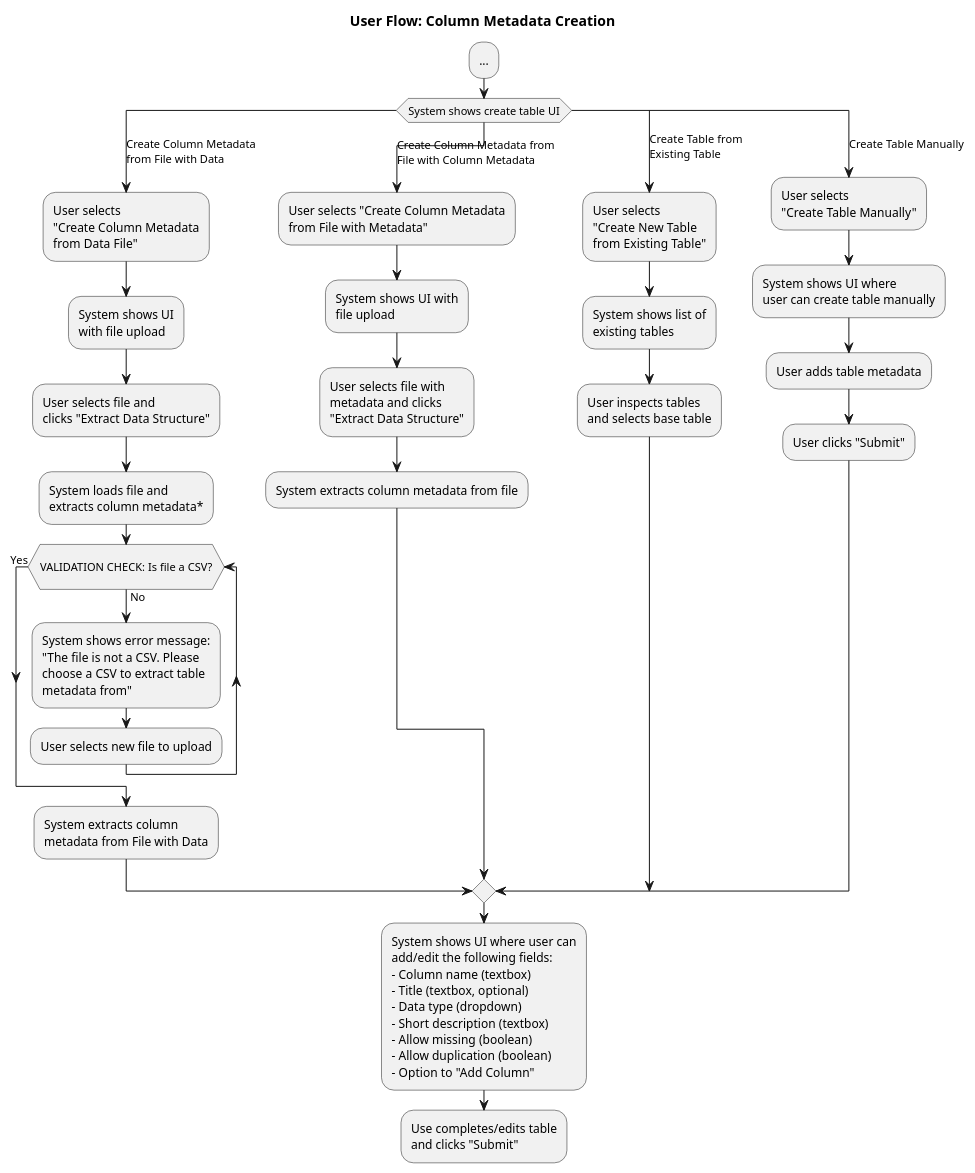
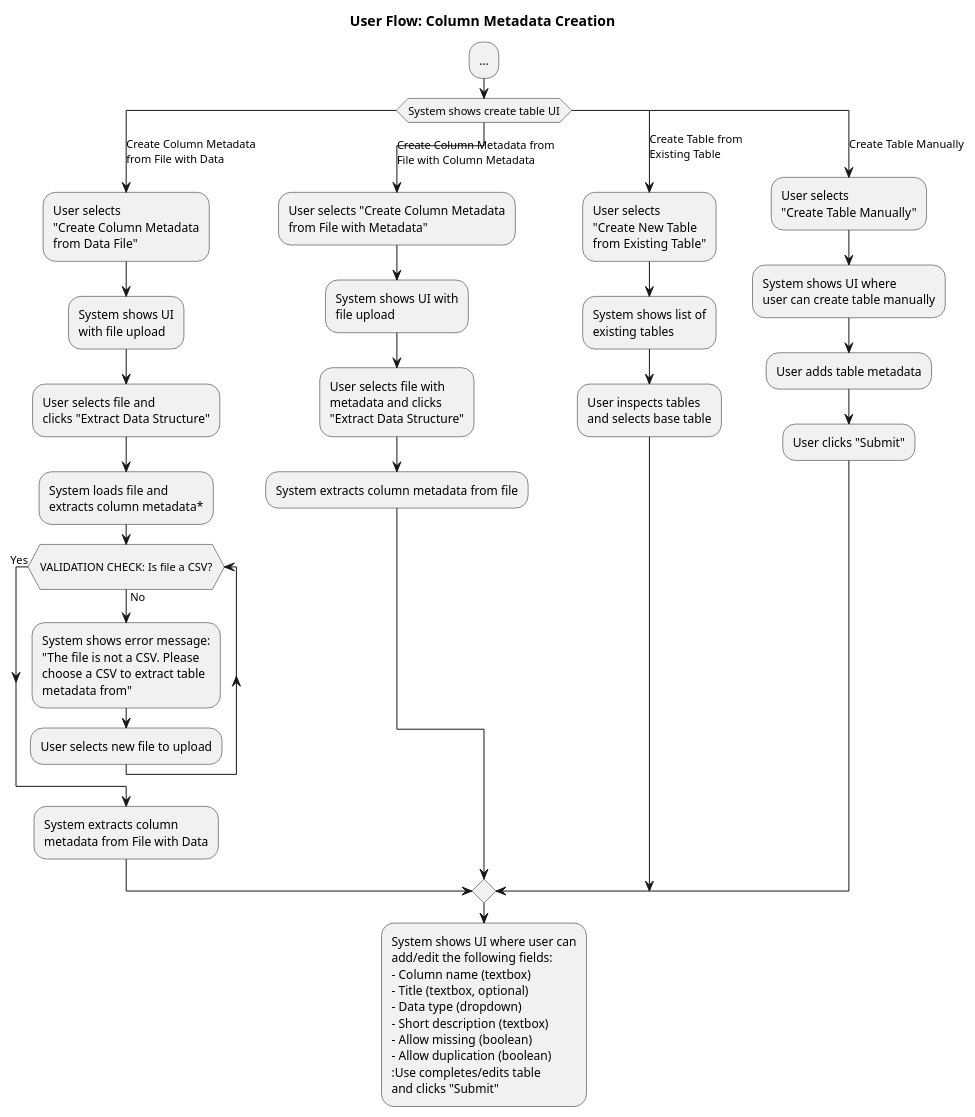
One commit to signekb/seedcase-sprout changed the diagram in docs/design/images/user-flow-column-metadata-creation.puml. Above: the diagram before and after it, drawn with PlantUML. The commit also changed 2 other files, not shown here.

Commit message:
docs: remove option to add column during table completeness validation

```diff
--- a/docs/design/images/user-flow-column-metadata-creation.puml
+++ b/docs/design/images/user-flow-column-metadata-creation.puml
@@ -1,68 +1,67 @@
 @startuml user-flow-column-metadata-creation
 
 title User Flow: Column Metadata Creation
 
 :...;
 'copied from user-flow.puml start
 'column metadata creation start
   switch (System shows create table UI)
     case (Create Column Metadata\nfrom File with Data)
       :User selects
       "Create Column Metadata
       from Data File";
       :System shows UI
       with file upload;
       :User selects file and
       clicks "Extract Data Structure";
       :System loads file and
       extracts column metadata*;
     while (\nVALIDATION CHECK: Is file a CSV?\n) is (No)
       :System shows error message: 
       "The file is not a CSV. Please
       choose a CSV to extract table
       metadata from";
       :User selects new file to upload;
     end while (Yes)
     :System extracts column
     metadata from File with Data;
     case (Create Column Metadata from \nFile with Column Metadata)
       :User selects "Create Column Metadata
       from File with Metadata";
       :System shows UI with
       file upload;
       :User selects file with
       metadata and clicks 
       "Extract Data Structure";
       :System extracts column metadata from file;
     case (Create Table from\nExisting Table)
       :User selects
       "Create New Table
       from Existing Table";
       :System shows list of
       existing tables;
       :User inspects tables
       and selects base table;
     case (Create Table Manually)
       :User selects
       "Create Table Manually";
       :System shows UI where
       user can create table manually;
       :User adds table metadata;
       :User clicks "Submit";
     endswitch
 'validation table completeness start
     :System shows UI where user can 
     add/edit the following fields:
     - Column name (textbox)
     - Title (textbox, optional)
     - Data type (dropdown)
     - Short description (textbox)
     - Allow missing (boolean) 
     - Allow duplication (boolean)
-    - Option to "Add Column";
     :Use completes/edits table
     and clicks "Submit";
 'column metadata creation end
 'copied from user-flow.puml end
 
 @enduml
```
